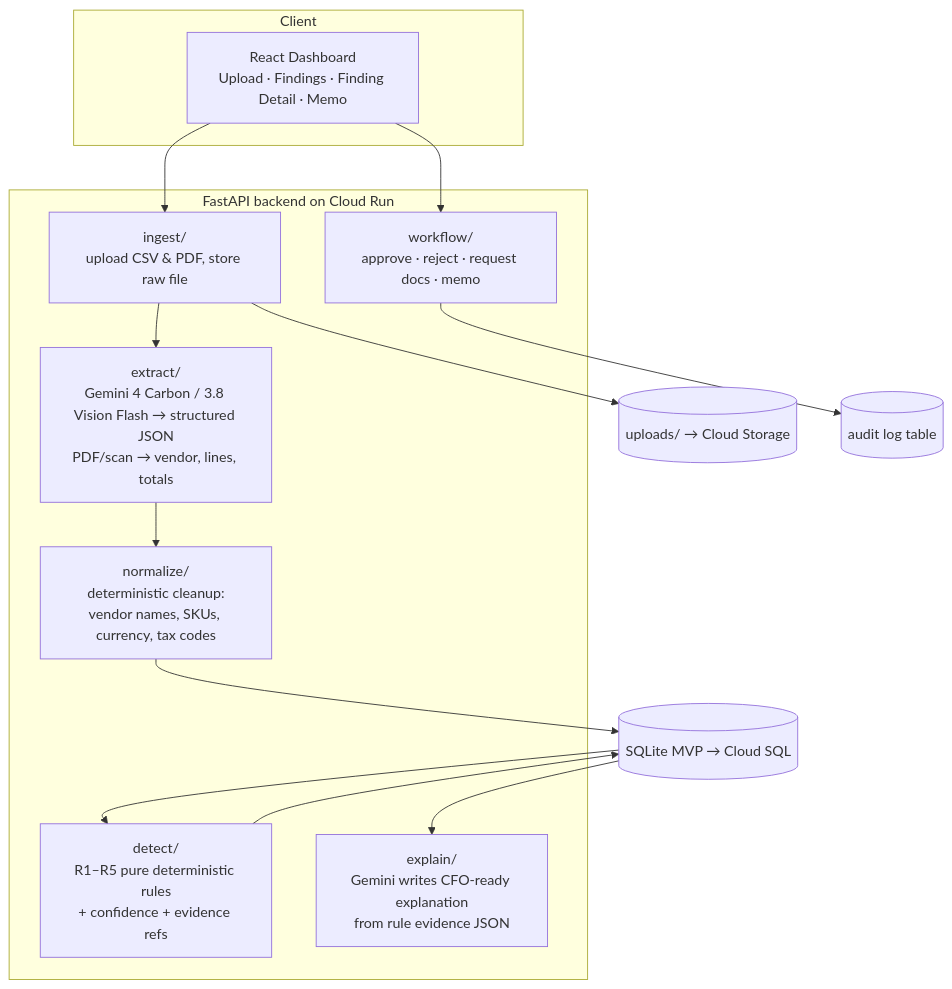
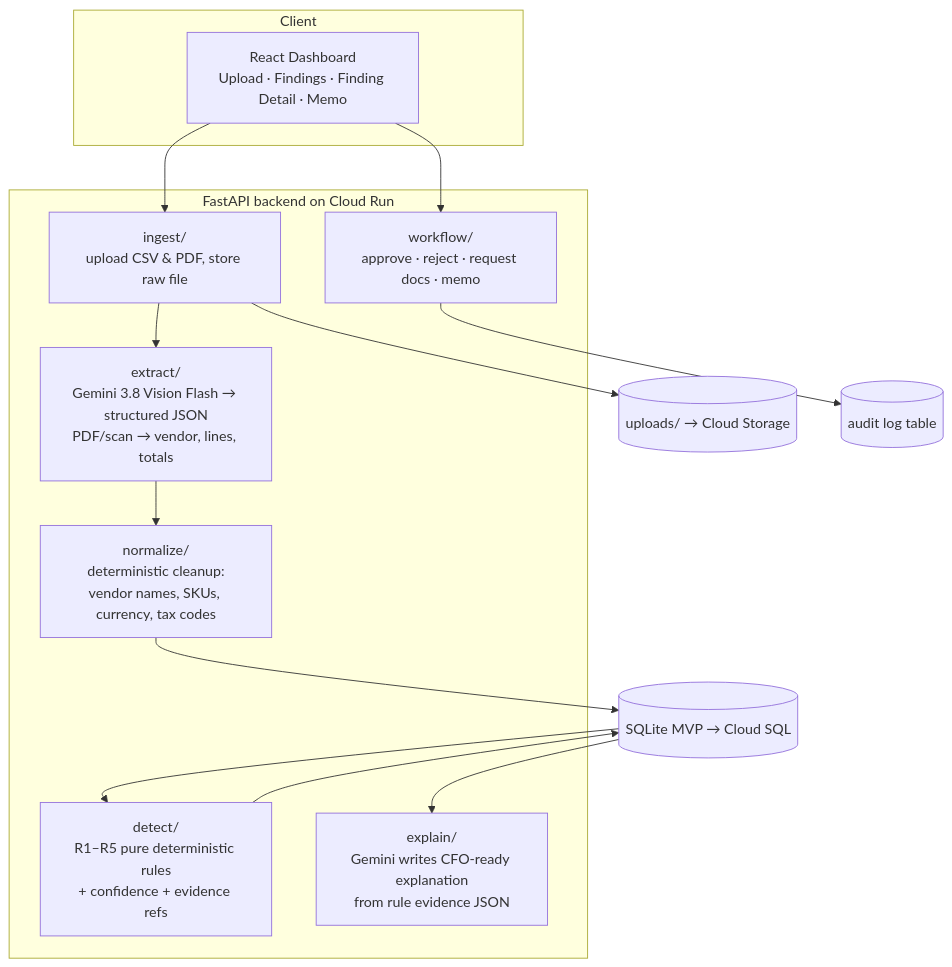
Before and after one commit to naughtynova69/LedgerLens-project: the diagram in docs/02_ARCHITECTURE.md, drawn with Mermaid. The commit also changed other lines of this file and 18 other files, not shown here.

Commit message:
chore,docs: replace gemini-4-carbon with gemini-3.8-vision-flash and add project mind map

````diff
--- a/docs/02_ARCHITECTURE.md
+++ b/docs/02_ARCHITECTURE.md
@@ -12,29 +12,29 @@
 ```mermaid
 flowchart TB
     subgraph Client
         UI["React Dashboard<br/>Upload · Findings · Finding Detail · Memo"]
     end
 
     subgraph Backend["FastAPI backend on Cloud Run"]
         ING["ingest/<br/>upload CSV & PDF, store raw file"]
-        EXT["extract/<br/>Gemini 4 Carbon / 3.8 Vision Flash → structured JSON<br/>PDF/scan → vendor, lines, totals"]
+        EXT["extract/<br/>Gemini 3.8 Vision Flash → structured JSON<br/>PDF/scan → vendor, lines, totals"]
         NRM["normalize/<br/>deterministic cleanup:<br/>vendor names, SKUs, currency, tax codes"]
         DET["detect/<br/>R1–R5 pure deterministic rules<br/>+ confidence + evidence refs"]
         EXP["explain/<br/>Gemini writes CFO-ready explanation<br/>from rule evidence JSON"]
         WF["workflow/<br/>approve · reject · request docs · memo"]
     end
 
     DB[("SQLite MVP → Cloud SQL")]
     FS[("uploads/ → Cloud Storage")]
     LOG[("audit log table")]
 
     UI --> ING
     ING --> FS
     ING --> EXT
     EXT --> NRM --> DB
     DB --> DET
     DET --> DB
     DB --> EXP
     UI --> WF
     WF --> LOG
 ```
````
